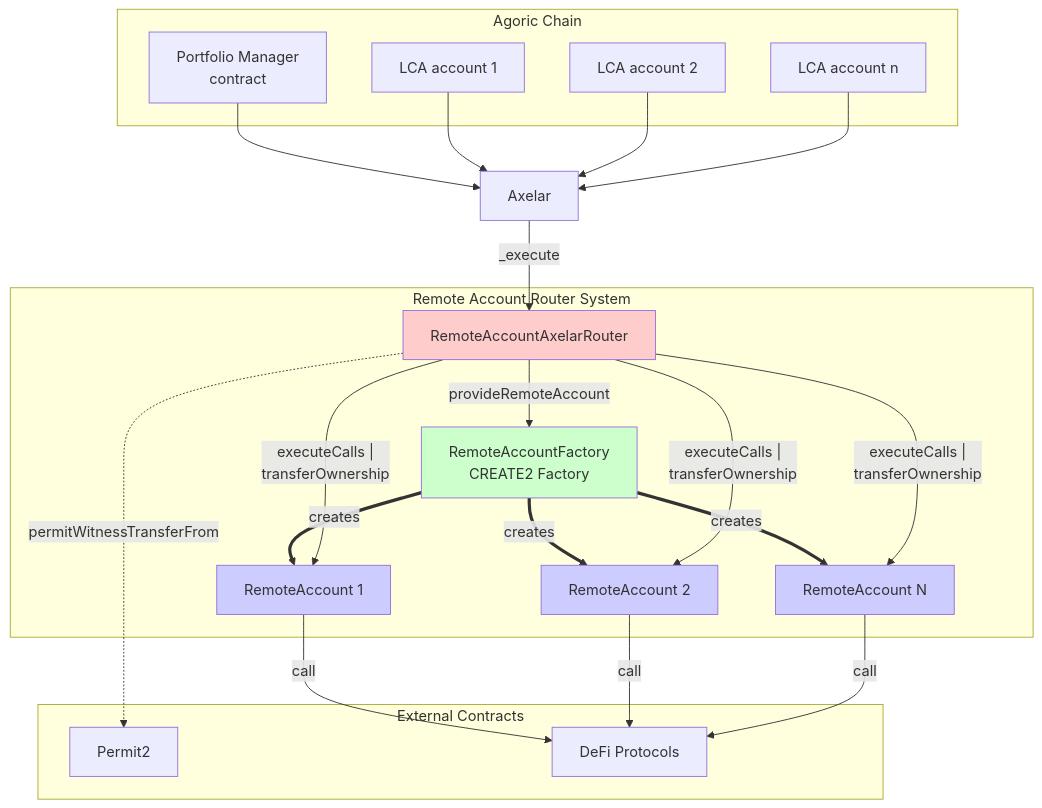
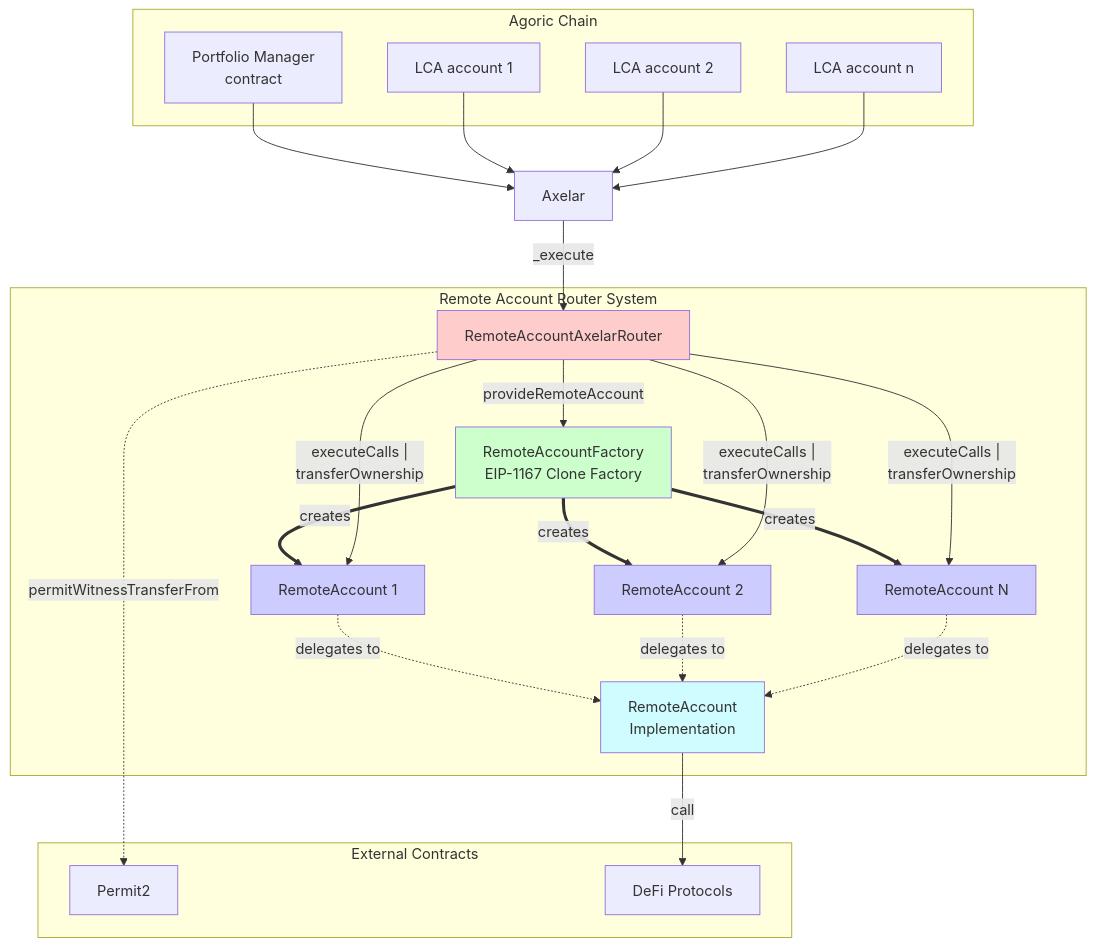
One commit to agoric-labs/agoric-to-axelar-local changed the second of 8 diagrams in packages/axelar-local-dev-cosmos/src/contracts/design.md. Above: the diagram before and after it, drawn with Mermaid. The commit also changed other lines of this file, not shown here.

````diff
--- a/packages/axelar-local-dev-cosmos/src/contracts/design.md
+++ b/packages/axelar-local-dev-cosmos/src/contracts/design.md
@@ -43,47 +43,50 @@
 ```mermaid
 graph TB
     subgraph "Agoric Chain"
         YMAX[Portfolio Manager<br>contract]
         LCA1[LCA account 1]
         LCA2[LCA account 2]
         LCAn[LCA account n]
     end
 
     AXL[Axelar]
 
     subgraph "Remote Account Router System"
         PR[RemoteAccountAxelarRouter]
-        RAF[RemoteAccountFactory<br/>CREATE2 Factory]
+        RAF[RemoteAccountFactory<br/>EIP-1167 Clone Factory]
+        IMP[RemoteAccount<br/>Implementation]
         RA1[RemoteAccount 1]
         RA2[RemoteAccount 2]
         RAn[RemoteAccount N]
     end
 
     subgraph "External Contracts"
         P2[Permit2]
         PROTO[DeFi Protocols]
     end
 
     YMAX --> AXL
     LCA1 --> AXL
     LCA2 --> AXL
     LCAn --> AXL
     AXL -->|_execute| PR
     PR -->|provideRemoteAccount| RAF
     RAF ==>|creates| RA1
     RAF ==>|creates| RA2
     RAF ==>|creates| RAn
+    RA1 -.->|delegates to| IMP
+    RA2 -.->|delegates to| IMP
+    RAn -.->|delegates to| IMP
     PR -->|"executeCalls |<br>transferOwnership"| RA1
     PR -->|"executeCalls |<br>transferOwnership"| RA2
     PR -->|"executeCalls |<br>transferOwnership"| RAn
     PR -.->|permitWitnessTransferFrom| P2
-    RA1 -->|call| PROTO
-    RA2 -->|call| PROTO
-    RAn -->|call| PROTO
+    IMP -->|call| PROTO
 
     style PR fill:#ffcccc
     style RAF fill:#ccffcc
+    style IMP fill:#cffcff
     style RA1 fill:#ccccff
     style RA2 fill:#ccccff
     style RAn fill:#ccccff
 ```
````
